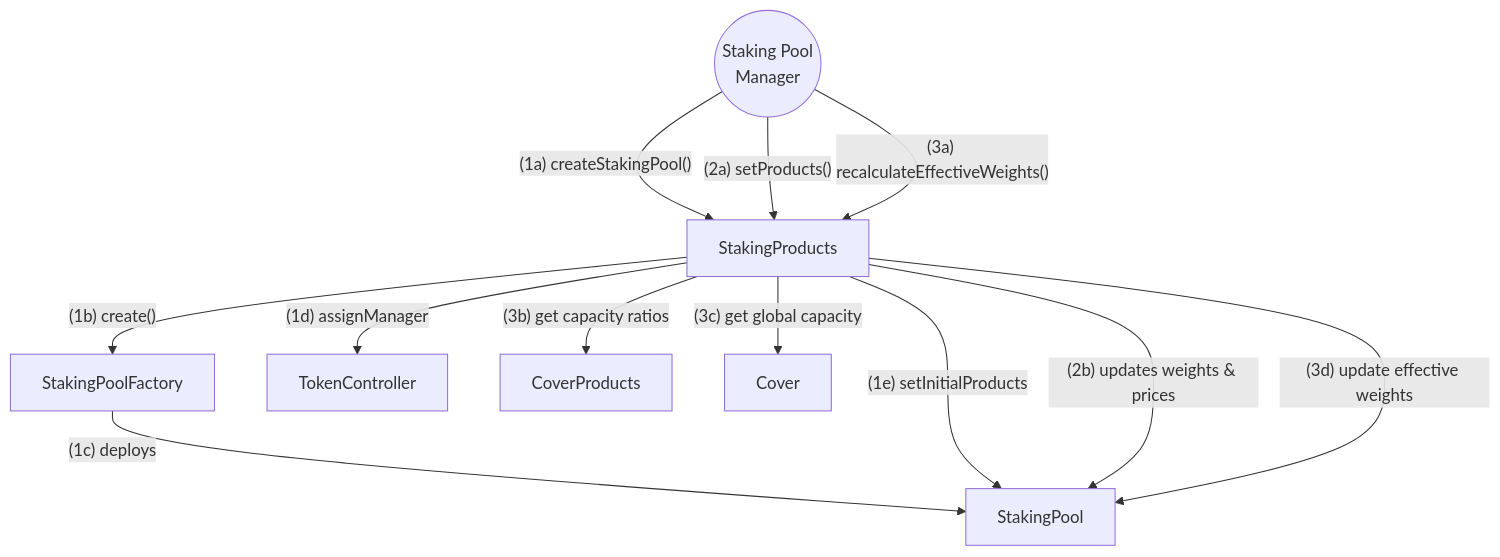
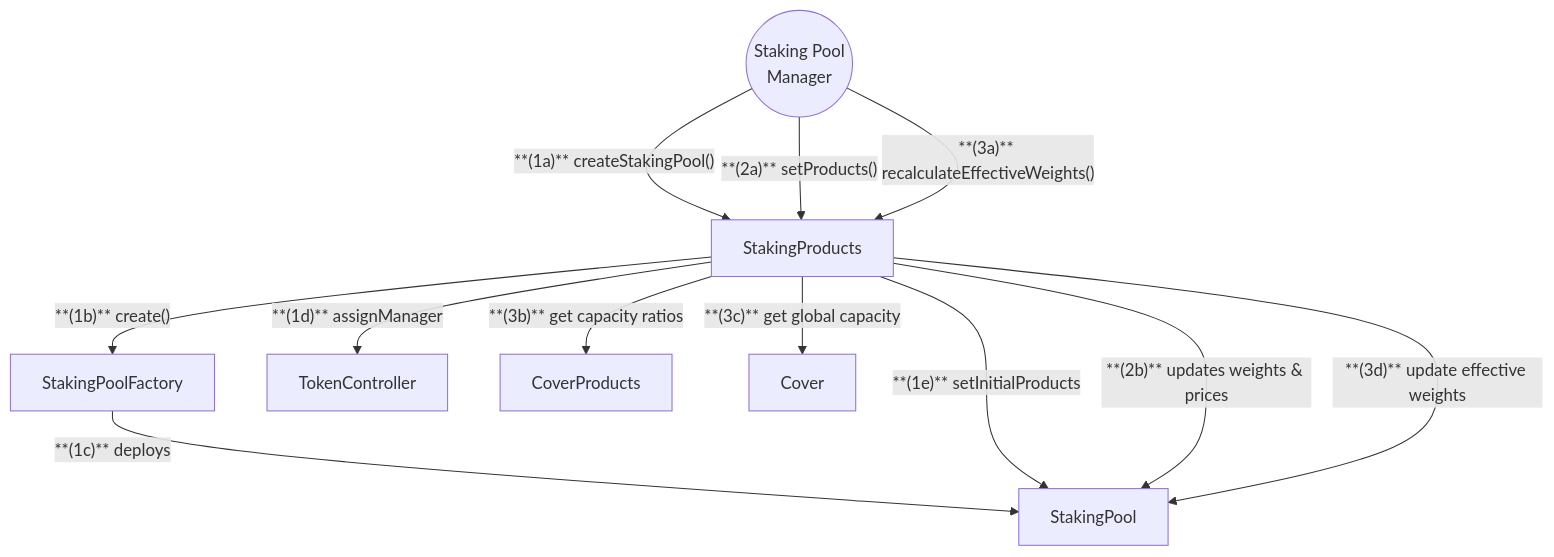
The diagram in docs/diagrams/user-flows/staking-manager.md (NexusMutual/smart-contracts), drawn with Mermaid before and after one commit. The commit also changed other lines of this file and 9 other files, not shown here.

Commit message:
docs: update diagrams docs

````diff
--- a/docs/diagrams/user-flows/staking-manager.md
+++ b/docs/diagrams/user-flows/staking-manager.md
@@ -3,31 +3,31 @@
 ```mermaid
 graph TD
     %% Users
     Manager(("Staking Pool
     Manager"))
 
     %% Contracts
     SPd["StakingProducts"]
     SPF["StakingPoolFactory"]
     SP["StakingPool"]
     TCO["TokenController"]
     CP["CoverProducts"]
     Cover["Cover"]
 
     %% 1. Create Pool
-    Manager -->|"(1a) createStakingPool()"| SPd
-    SPd -->|"(1b) create()"| SPF
-    SPF -->|"(1c) deploys"| SP
-    SPd -->|"(1d) assignManager"| TCO
-    SPd -->|"(1e) setInitialProducts"| SP
+    Manager -->|"**(1a)** createStakingPool()"| SPd
+    SPd -->|"**(1b)** create()"| SPF
+    SPF -->|"**(1c)** deploys"| SP
+    SPd -->|"**(1d)** assignManager"| TCO
+    SPd -->|"**(1e)** setInitialProducts"| SP
 
     %% 2. Update Products
-    Manager -->|"(2a) setProducts()"| SPd
-    SPd -->|"(2b) updates weights & prices"| SP
+    Manager -->|"**(2a)** setProducts()"| SPd
+    SPd -->|"**(2b)** updates weights & prices"| SP
 
     %% 3. Recalculate Weights
-    Manager -->|"(3a) recalculateEffectiveWeights()"| SPd
-    SPd -->|"(3b) get capacity ratios"| CP
-    SPd -->|"(3c) get global capacity"| Cover
-    SPd -->|"(3d) update effective weights"| SP
+    Manager -->|"**(3a)** recalculateEffectiveWeights()"| SPd
+    SPd -->|"**(3b)** get capacity ratios"| CP
+    SPd -->|"**(3c)** get global capacity"| Cover
+    SPd -->|"**(3d)** update effective weights"| SP
 ```
````
